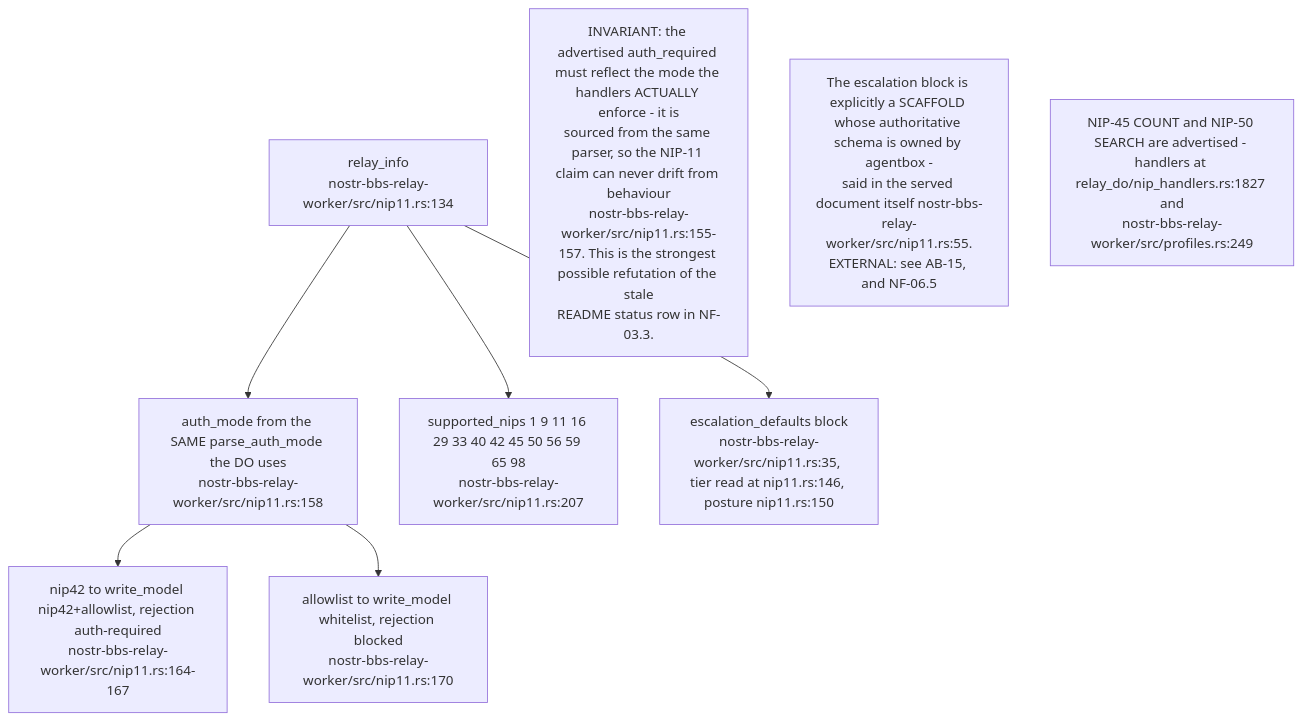
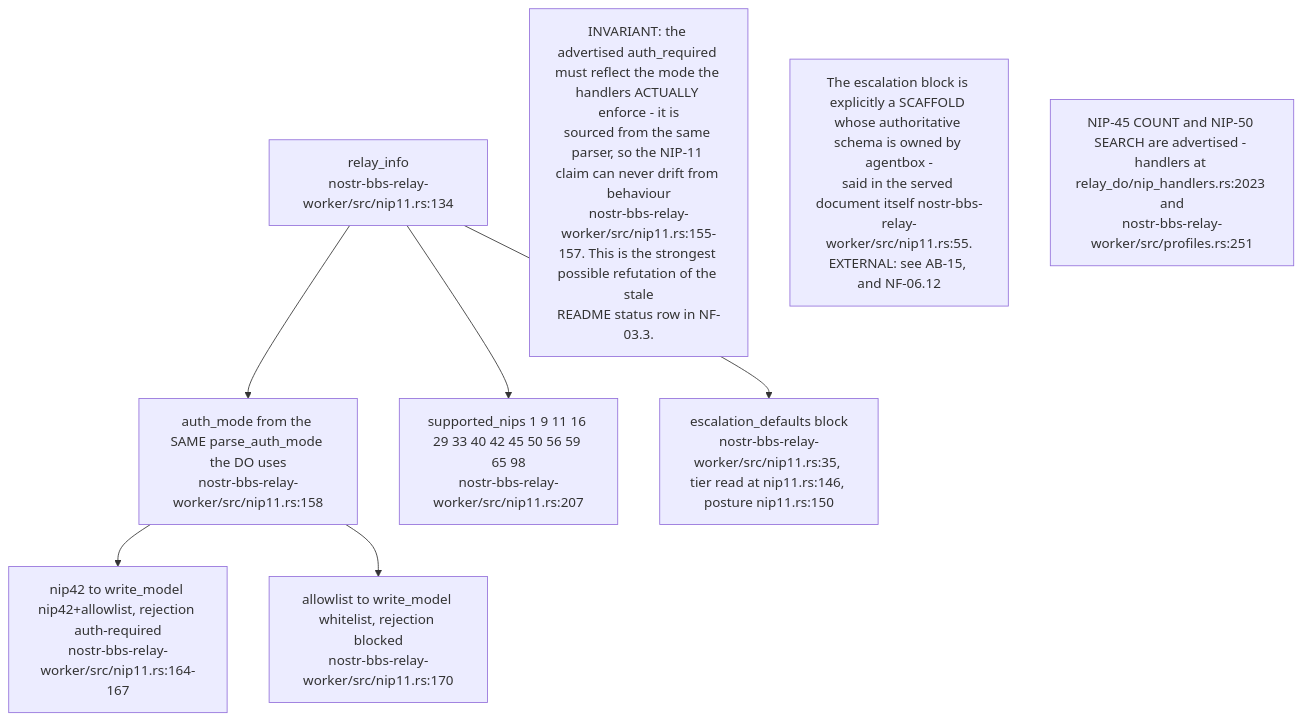
Diagram 13 of 16 in docs/diagrams/nostr-rust-forum/11-relay-durable-object-internals.md (DreamLab-AI/VisionFlow), drawn with Mermaid before and after one commit. The commit also changed other lines of this file and 136 other files, not shown here.

First line of the commit message:
docs(diagrams): refresh the whole corpus to code HEAD and prune low-value diagrams

````diff
--- a/docs/diagrams/nostr-rust-forum/11-relay-durable-object-internals.md
+++ b/docs/diagrams/nostr-rust-forum/11-relay-durable-object-internals.md
@@ -396,17 +387,17 @@
 ```mermaid
 flowchart TB
     RI["relay_info<br/>nostr-bbs-relay-worker/src/nip11.rs:134"]
     AM["auth_mode from the SAME parse_auth_mode the DO uses<br/>nostr-bbs-relay-worker/src/nip11.rs:158"]
     LBL["nip42 to write_model nip42+allowlist, rejection auth-required<br/>nostr-bbs-relay-worker/src/nip11.rs:164-167"]
     ALT["allowlist to write_model whitelist, rejection blocked<br/>nostr-bbs-relay-worker/src/nip11.rs:170"]
     NIPS["supported_nips 1 9 11 16 29 33 40 42 45 50 56 59 65 98<br/>nostr-bbs-relay-worker/src/nip11.rs:207"]
     ESC["escalation_defaults block<br/>nostr-bbs-relay-worker/src/nip11.rs:35, tier read at nip11.rs:146, posture nip11.rs:150"]
 
     RI --> AM --> LBL
     AM --> ALT
     RI --> NIPS & ESC
 
     N1["INVARIANT: the advertised auth_required must reflect the mode the handlers ACTUALLY enforce - it is<br/>sourced from the same parser, so the NIP-11 claim can never drift from behaviour<br/>nostr-bbs-relay-worker/src/nip11.rs:155-157. This is the strongest possible refutation of the stale<br/>README status row in NF-03.3."]
-    N2["The escalation block is explicitly a SCAFFOLD whose authoritative schema is owned by agentbox -<br/>said in the served document itself nostr-bbs-relay-worker/src/nip11.rs:55.<br/>EXTERNAL: see AB-15, and NF-06.5"]
-    N3["NIP-45 COUNT and NIP-50 SEARCH are advertised - handlers at relay_do/nip_handlers.rs:1827 and<br/>nostr-bbs-relay-worker/src/profiles.rs:249"]
+    N2["The escalation block is explicitly a SCAFFOLD whose authoritative schema is owned by agentbox -<br/>said in the served document itself nostr-bbs-relay-worker/src/nip11.rs:55.<br/>EXTERNAL: see AB-15, and NF-06.12"]
+    N3["NIP-45 COUNT and NIP-50 SEARCH are advertised - handlers at relay_do/nip_handlers.rs:2023 and<br/>nostr-bbs-relay-worker/src/profiles.rs:251"]
 ```
````
